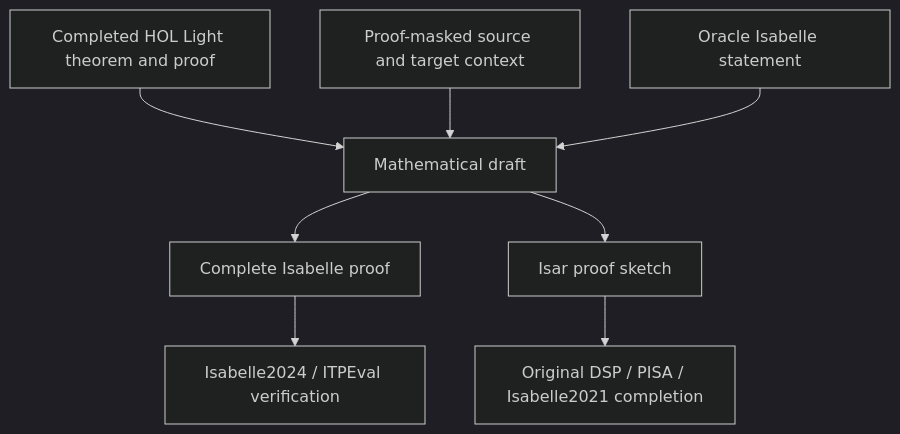
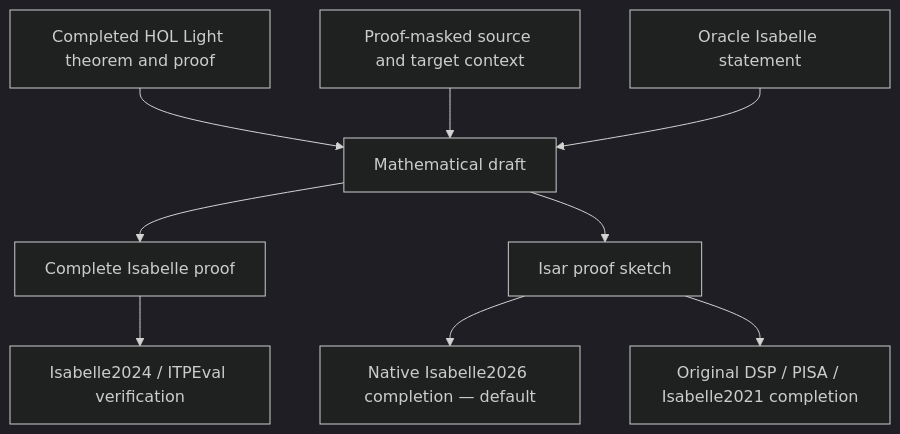
The diagram in README.md (riverside234/itpeval-modify), drawn with Mermaid (dark theme) before and after one commit. The commit also changed other lines of this file and 117 other files, not shown here.

````diff
--- a/README.md
+++ b/README.md
@@ -56,10 +57,11 @@
 ```mermaid
 flowchart TD
     S[Completed HOL Light theorem and proof] --> D[Mathematical draft]
     R[Proof-masked source and target context] --> D
     T[Oracle Isabelle statement] --> D
     D --> C[Complete Isabelle proof]
     C --> V[Isabelle2024 / ITPEval verification]
     D --> K[Isar proof sketch]
+    K --> N[Native Isabelle2026 completion — default]
     K --> P[Original DSP / PISA / Isabelle2021 completion]
 ```
````
